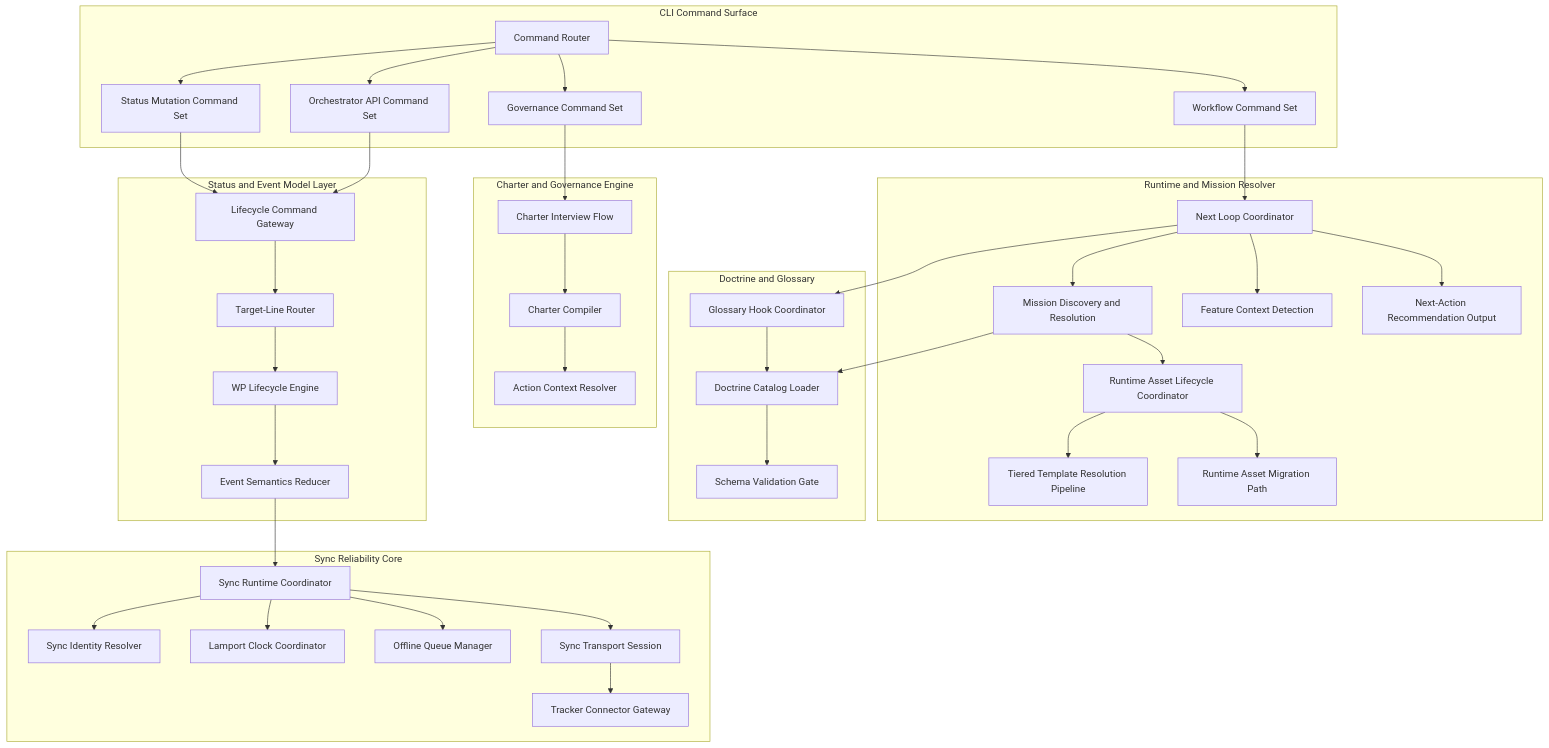
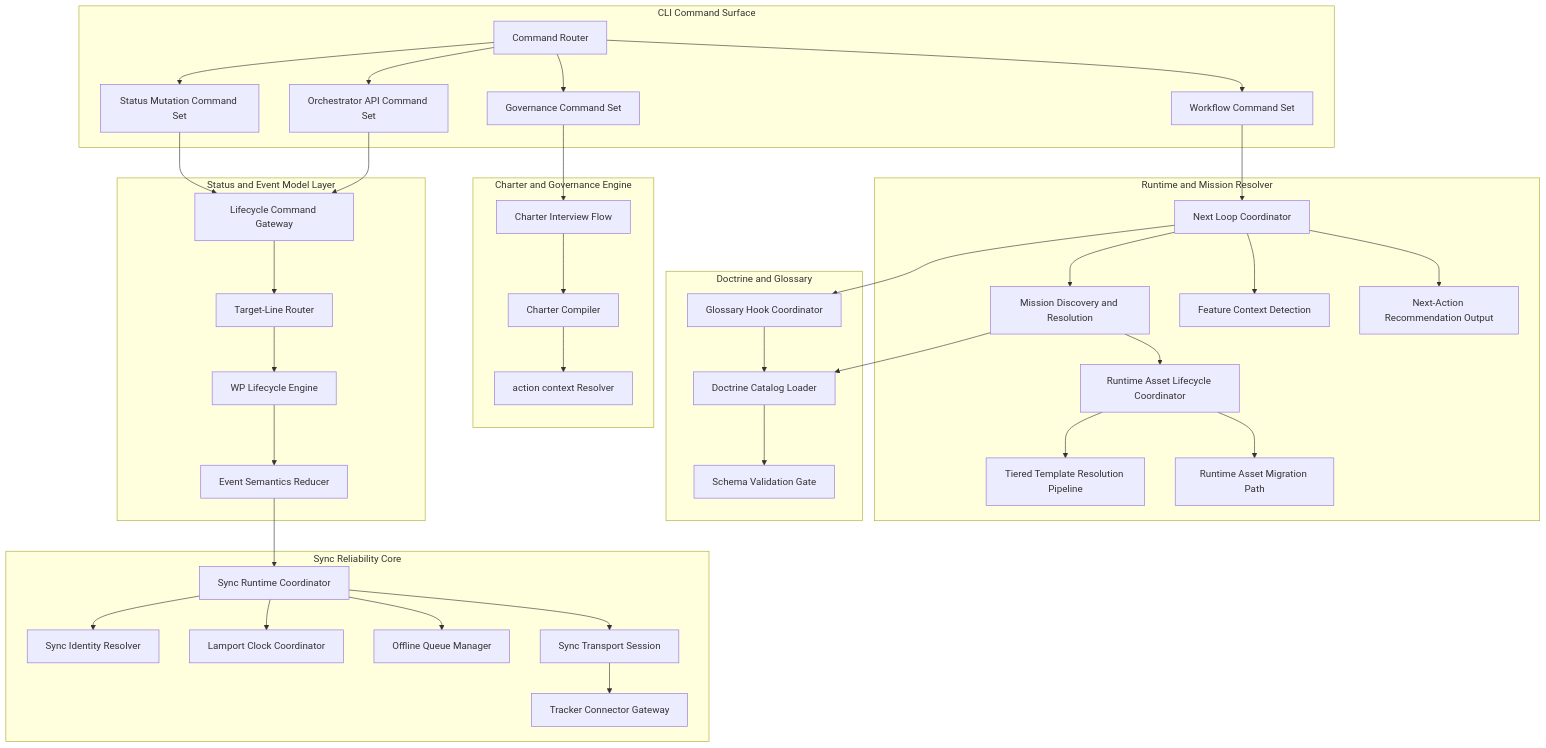
One commit to Priivacy-ai/spec-kitty changed the first of 6 diagrams in docs/architecture/03_components/README.md. Above: the diagram before and after it, drawn with Mermaid. The commit also changed other lines of this file and 72 other files, not shown here.

````diff
--- a/docs/architecture/03_components/README.md
+++ b/docs/architecture/03_components/README.md
@@ -31,82 +31,82 @@
 ```mermaid
 flowchart TB
     subgraph CLI["CLI Command Surface"]
       router[Command Router]
       workflow[Workflow Command Set]
       statusCmd[Status Mutation Command Set]
       governanceCmd[Governance Command Set]
       apiCmd[Orchestrator API Command Set]
     end
 
     subgraph Runtime["Runtime and Mission Resolver"]
       nextLoop[Next Loop Coordinator]
       missionResolve[Mission Discovery and Resolution]
       runtimeAsset[Runtime Asset Lifecycle Coordinator]
       templateResolve[Tiered Template Resolution Pipeline]
       runtimeMigration[Runtime Asset Migration Path]
       featureCtx[Feature Context Detection]
       decisionOut[Next-Action Recommendation Output]
     end
 
     subgraph Governance["Charter and Governance Engine"]
       interview[Charter Interview Flow]
       compile[Charter Compiler]
-      ctxResolve[Action Context Resolver]
+      ctxResolve[action context Resolver]
     end
 
     subgraph Knowledge["Doctrine and Glossary"]
       doctrineCatalog[Doctrine Catalog Loader]
       schemaGate[Schema Validation Gate]
       glossaryHook[Glossary Hook Coordinator]
     end
 
     subgraph State["Status and Event Model Layer"]
       lifecycleGateway[Lifecycle Command Gateway]
       targetRouter[Target-Line Router]
       wpLifecycle[WP Lifecycle Engine]
       eventSemantics[Event Semantics Reducer]
     end
 
     subgraph Sync["Sync Reliability Core"]
       syncRuntime[Sync Runtime Coordinator]
       syncIdentity[Sync Identity Resolver]
       syncClock[Lamport Clock Coordinator]
       syncQueue[Offline Queue Manager]
       syncTransport[Sync Transport Session]
       trackerGateway[Tracker Connector Gateway]
     end
 
     router --> workflow
     router --> statusCmd
     router --> governanceCmd
     router --> apiCmd
 
     workflow --> nextLoop
     nextLoop --> missionResolve
     missionResolve --> runtimeAsset
     runtimeAsset --> templateResolve
     runtimeAsset --> runtimeMigration
     nextLoop --> featureCtx
     nextLoop --> decisionOut
 
     governanceCmd --> interview
     interview --> compile
     compile --> ctxResolve
 
     missionResolve --> doctrineCatalog
     doctrineCatalog --> schemaGate
     nextLoop --> glossaryHook
     glossaryHook --> doctrineCatalog
 
     statusCmd --> lifecycleGateway
     apiCmd --> lifecycleGateway
     lifecycleGateway --> targetRouter
     targetRouter --> wpLifecycle
     wpLifecycle --> eventSemantics
     eventSemantics --> syncRuntime
     syncRuntime --> syncIdentity
     syncRuntime --> syncClock
     syncRuntime --> syncQueue
     syncRuntime --> syncTransport
     syncTransport --> trackerGateway
 ```
````
